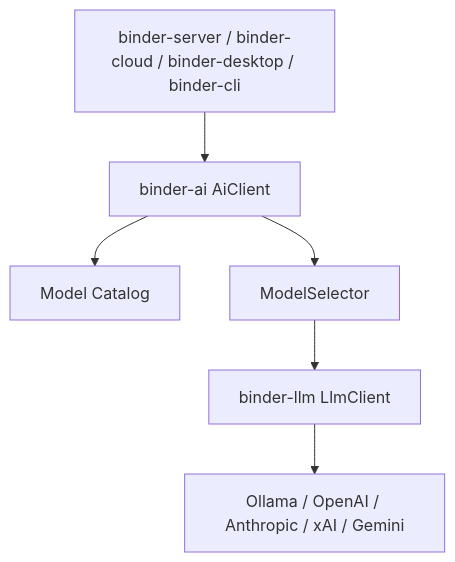
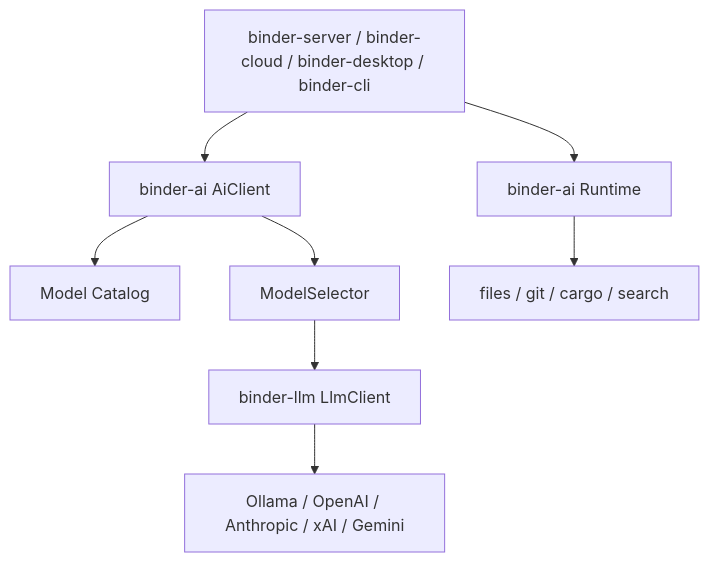
Before and after one commit to dpkimball/binder-ai: the diagram in docs/as-built/architecture.md, drawn with Mermaid. The commit also changed other lines of this file and 17 other files, not shown here.

First line of the commit message:
Add a Runtime trait for files, search, commands, and git.

````diff
--- a/docs/as-built/architecture.md
+++ b/docs/as-built/architecture.md
@@ -5,14 +5,18 @@
 ```mermaid
 flowchart TD
   apps["binder-server / binder-cloud / binder-desktop / binder-cli"]
   ai["binder-ai AiClient"]
+  runtime["binder-ai Runtime"]
   catalog["Model Catalog"]
   selector["ModelSelector"]
   llm["binder-llm LlmClient"]
   providers["Ollama / OpenAI / Anthropic / xAI / Gemini"]
+  env["files / git / cargo / search"]
   apps --> ai
+  apps --> runtime
   ai --> catalog
   ai --> selector
   selector --> llm
   llm --> providers
+  runtime --> env
 ```
````
